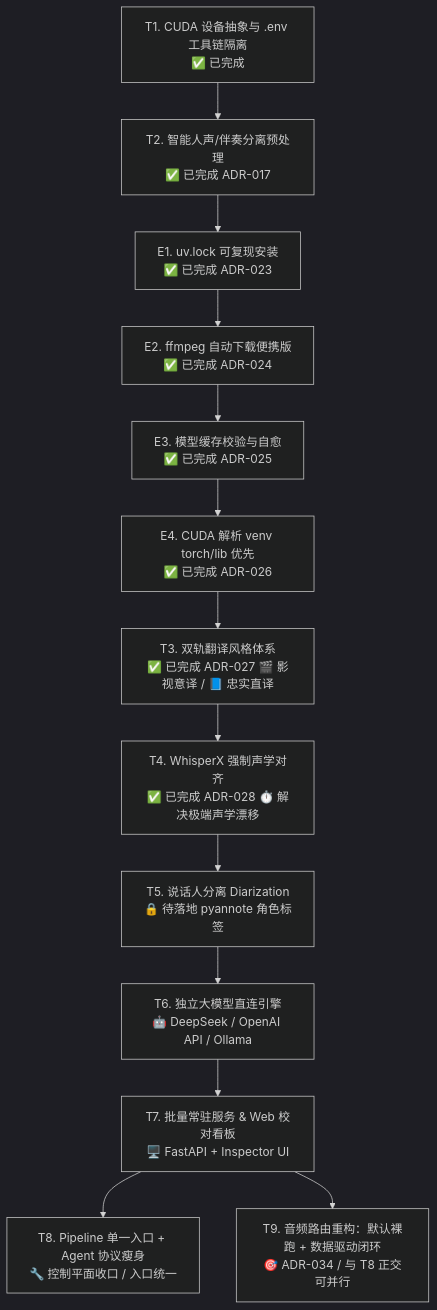
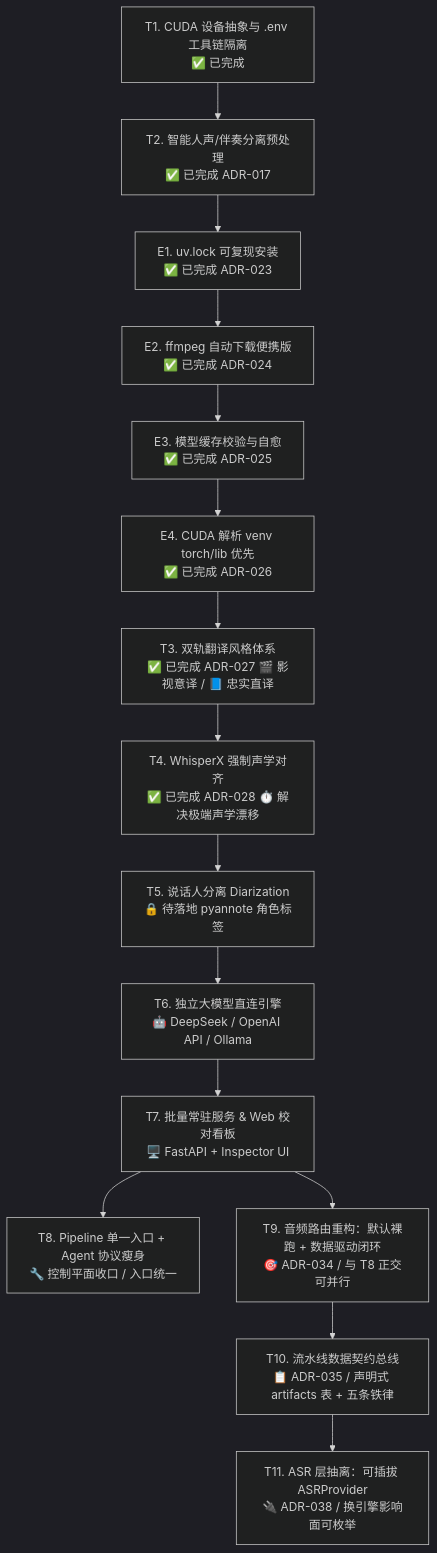
One commit to brosnan2800/video-translate changed the diagram in MAJOR_VERSION_PLAN.md. Above: the diagram before and after it, drawn with Mermaid (dark theme). The commit also changed other lines of this file and 5 other files, not shown here.

First line of the commit message:
feat(asr): ADR-038 ASR 层抽离第一步 — 可插拔 ASRProvider 接口（行为零变化）

````diff
--- a/MAJOR_VERSION_PLAN.md
+++ b/MAJOR_VERSION_PLAN.md
@@ -48,15 +48,17 @@
 ```mermaid
 flowchart TD
     T1[T1. CUDA 设备抽象与 .env 工具链隔离<br/>✅ 已完成] --> T2[T2. 智能人声/伴奏分离预处理<br/>✅ 已完成 ADR-017]
     T2 --> E1[E1. uv.lock 可复现安装<br/>✅ 已完成 ADR-023]
     E1 --> E2[E2. ffmpeg 自动下载便携版<br/>✅ 已完成 ADR-024]
     E2 --> E3[E3. 模型缓存校验与自愈<br/>✅ 已完成 ADR-025]
     E3 --> E4[E4. CUDA 解析 venv torch/lib 优先<br/>✅ 已完成 ADR-026]
     E4 --> T3[T3. 双轨翻译风格体系<br/>✅ 已完成 ADR-027 🎬 影视意译 / 📘 忠实直译]
     T3 --> T4[T4. WhisperX 强制声学对齐<br/>✅ 已完成 ADR-028 ⏱️ 解决极端声学漂移]
     T4 --> T5[T5. 说话人分离 Diarization<br/>🔒 待落地 pyannote 角色标签]
     T5 --> T6[T6. 独立大模型直连引擎<br/>🤖 DeepSeek / OpenAI API / Ollama]
     T6 --> T7[T7. 批量常驻服务 & Web 校对看板<br/>🖥️ FastAPI + Inspector UI]
     T7 --> T8[T8. Pipeline 单一入口 + Agent 协议瘦身<br/>🔧 控制平面收口 / 入口统一]
     T7 --> T9[T9. 音频路由重构：默认裸跑 + 数据驱动闭环<br/>🎯 ADR-034 / 与 T8 正交可并行]
+    T9 --> T10[T10. 流水线数据契约总线<br/>📋 ADR-035 / 声明式 artifacts 表 + 五条铁律]
+    T10 --> T11[T11. ASR 层抽离：可插拔 ASRProvider<br/>🔌 ADR-038 / 换引擎影响面可枚举]
 ```
````
